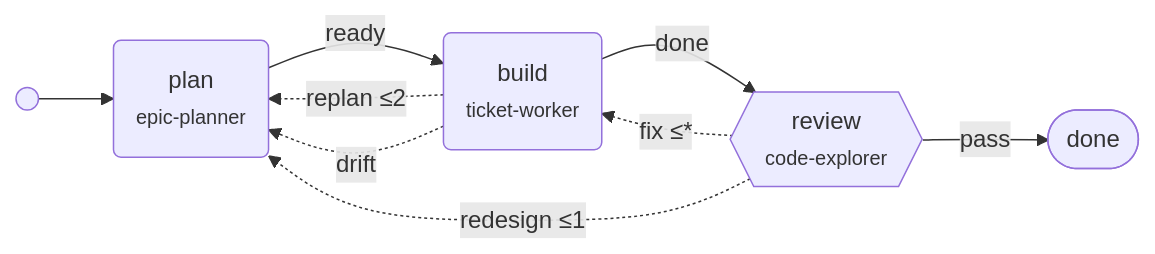
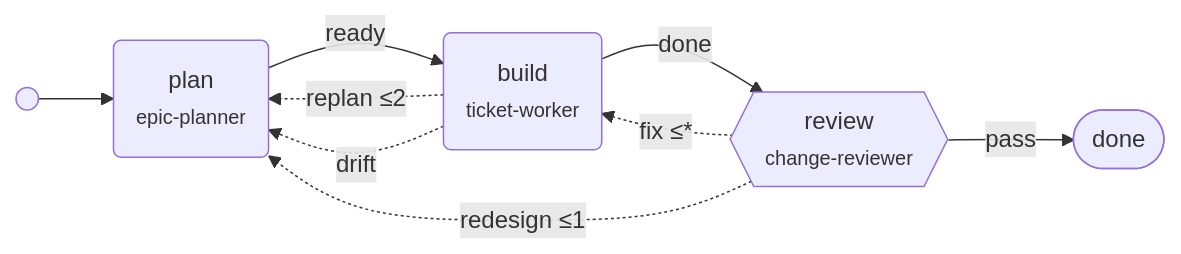
The diagram in README.md (RajisteB/crew), drawn with Mermaid before and after one commit. The commit also changed other lines of this file and 7 other files, not shown here.

````diff
--- a/README.md
+++ b/README.md
@@ -99,15 +100,15 @@
 ```mermaid
 flowchart LR
   start(( )) --> s_plan
   s_plan("plan<br/><small>epic-planner</small>")
   s_build("build<br/><small>ticket-worker</small>")
-  s_review{{"review<br/><small>code-explorer</small>"}}
+  s_review{{"review<br/><small>change-reviewer</small>"}}
   t_done(["done"])
   s_plan -->|"ready"| s_build
   s_build -->|"done"| s_review
   s_build -.->|"replan ≤2"| s_plan
   s_build -.->|"drift"| s_plan
   s_review -.->|"fix ≤*"| s_build
   s_review -->|"pass"| t_done
   s_review -.->|"redesign ≤1"| s_plan
 ```
````
